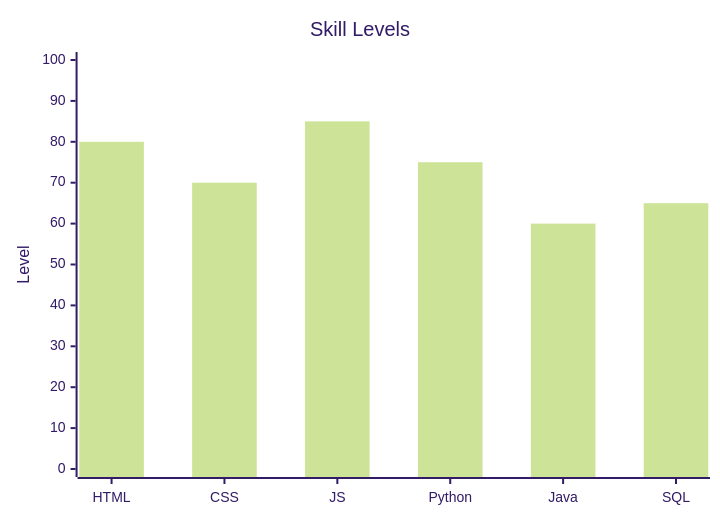
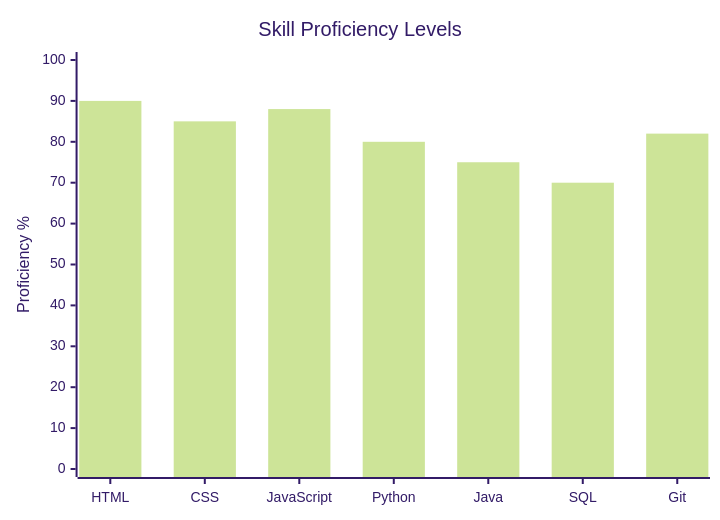
One commit to ShivamDatainSight/ShivamDatainSight changed the first of 2 diagrams in README.md. Above: the diagram before and after it, drawn with Mermaid (forest theme). The commit also changed other lines of this file, not shown here.

````diff
--- a/README.md
+++ b/README.md
@@ -30,7 +41,7 @@
 ```mermaid
 xychart-beta
-    title "Skill Levels"
-    x-axis ["HTML","CSS","JS","Python","Java","SQL"]
-    y-axis "Level" 0 --> 100
-    bar [80,70,85,75,60,65]
+    title "Skill Proficiency Levels"
+    x-axis ["HTML","CSS","JavaScript","Python","Java","SQL","Git"]
+    y-axis "Proficiency %" 0 --> 100
+    bar [90,85,88,80,75,70,82]
 ```
````
